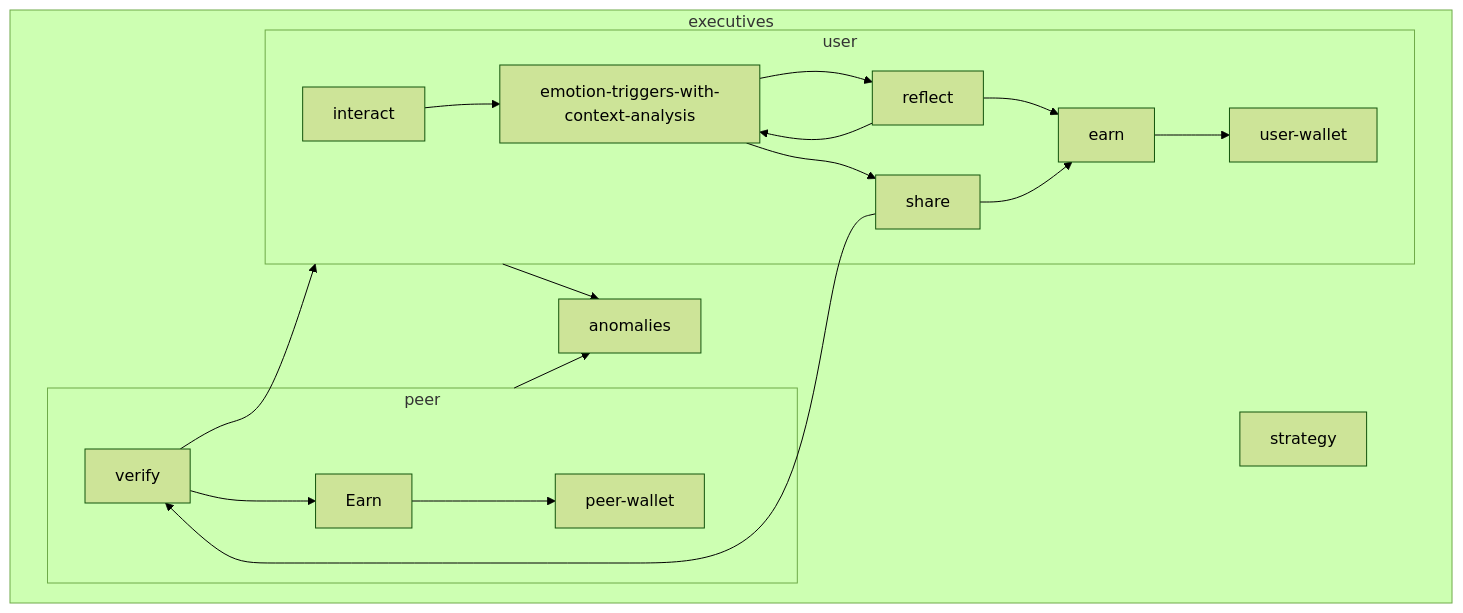
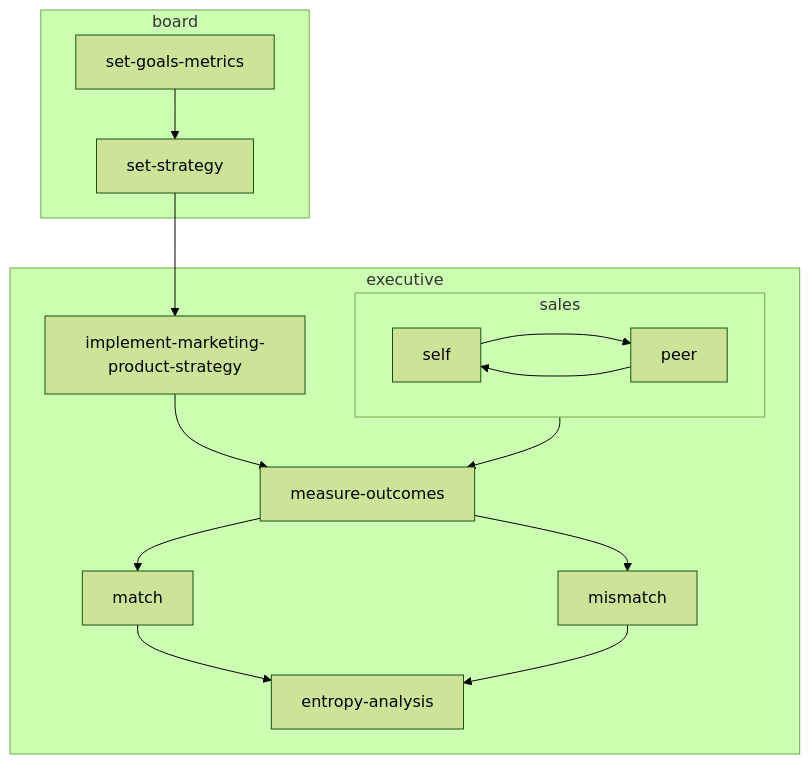
One commit to tinycatalyzer/Plans changed the diagram in MyAshisuto-Customer-Centric-Game-Loop.md. Above: the diagram before and after it, drawn with Mermaid (forest theme).

````diff
--- a/MyAshisuto-Customer-Centric-Game-Loop.md
+++ b/MyAshisuto-Customer-Centric-Game-Loop.md
@@ -2,15 +2,14 @@
 ```mermaid
 graph TD;
-  subgraph executives
-    strategy 
-    user & peer --> anomalies 
+  subgraph board
+    set-goals-metrics --> set-strategy
     end
-  subgraph user
-    interact --> emotion-triggers-with-context-analysis --> reflect & share --> earn --> user-wallet
-    reflect --> emotion-triggers-with-context-analysis
+  subgraph executive
+    set-strategy --> implement-marketing-product-strategy --> measure-outcomes --> match & mismatch --> entropy-analysis
+    sales --> measure-outcomes
     end
-  subgraph peer
-    share --> verify --> user & Earn
-    Earn --> peer-wallet
-    end
+  subgraph sales
+    self ---> peer --> self
+    end 
+
 ```
````
